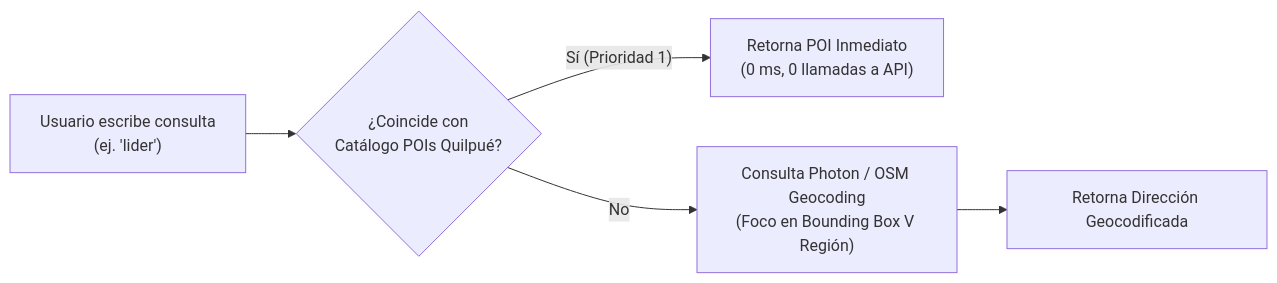
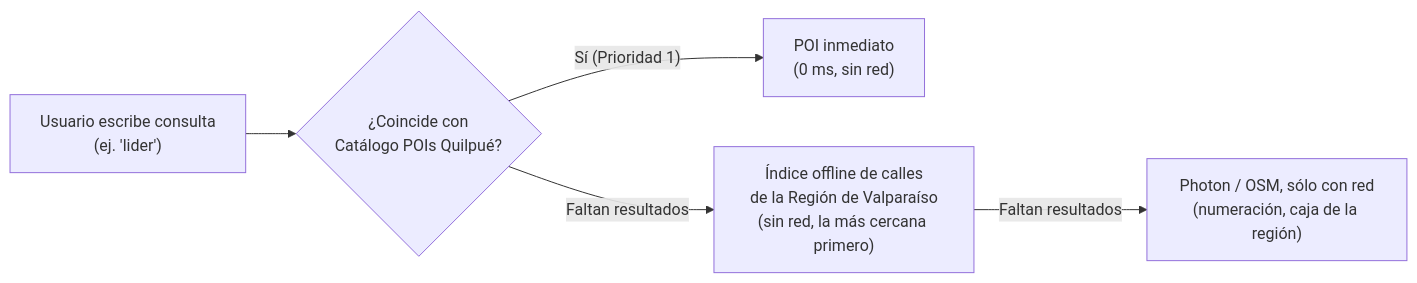
One commit to Tomas-pucv/Coletotal changed the fourth of 4 diagrams in docs/PLAN_DE_PRUEBAS_Y_ESTRES_DETALLADO.md. Above: the diagram before and after it, drawn with Mermaid. The commit also changed other lines of this file and 117 other files, not shown here.

First line of the commit message:
Mapa offline con MapLibre, ruteo Valhalla en el teléfono y paleta negro y amarillo

````diff
--- a/docs/PLAN_DE_PRUEBAS_Y_ESTRES_DETALLADO.md
+++ b/docs/PLAN_DE_PRUEBAS_Y_ESTRES_DETALLADO.md
@@ -144,7 +150,7 @@
 ```mermaid
 flowchart LR
     Input["Usuario escribe consulta\n(ej. 'lider')"] --> LocalCat{"¿Coincide con\nCatálogo POIs Quilpué?"}
-    LocalCat -- "Sí (Prioridad 1)" --> ResPOI["Retorna POI Inmediato\n(0 ms, 0 llamadas a API)"]
-    LocalCat -- "No" --> ExtGeo["Consulta Photon / OSM Geocoding\n(Foco en Bounding Box V Región)"]
-    ExtGeo --> ResExt["Retorna Dirección Geocodificada"]
+    LocalCat -- "Sí (Prioridad 1)" --> ResPOI["POI inmediato\n(0 ms, sin red)"]
+    LocalCat -- "Faltan resultados" --> Calles["Índice offline de calles\nde la Región de Valparaíso\n(sin red, la más cercana primero)"]
+    Calles -- "Faltan resultados" --> ExtGeo["Photon / OSM, sólo con red\n(numeración, caja de la región)"]
 ```
````
